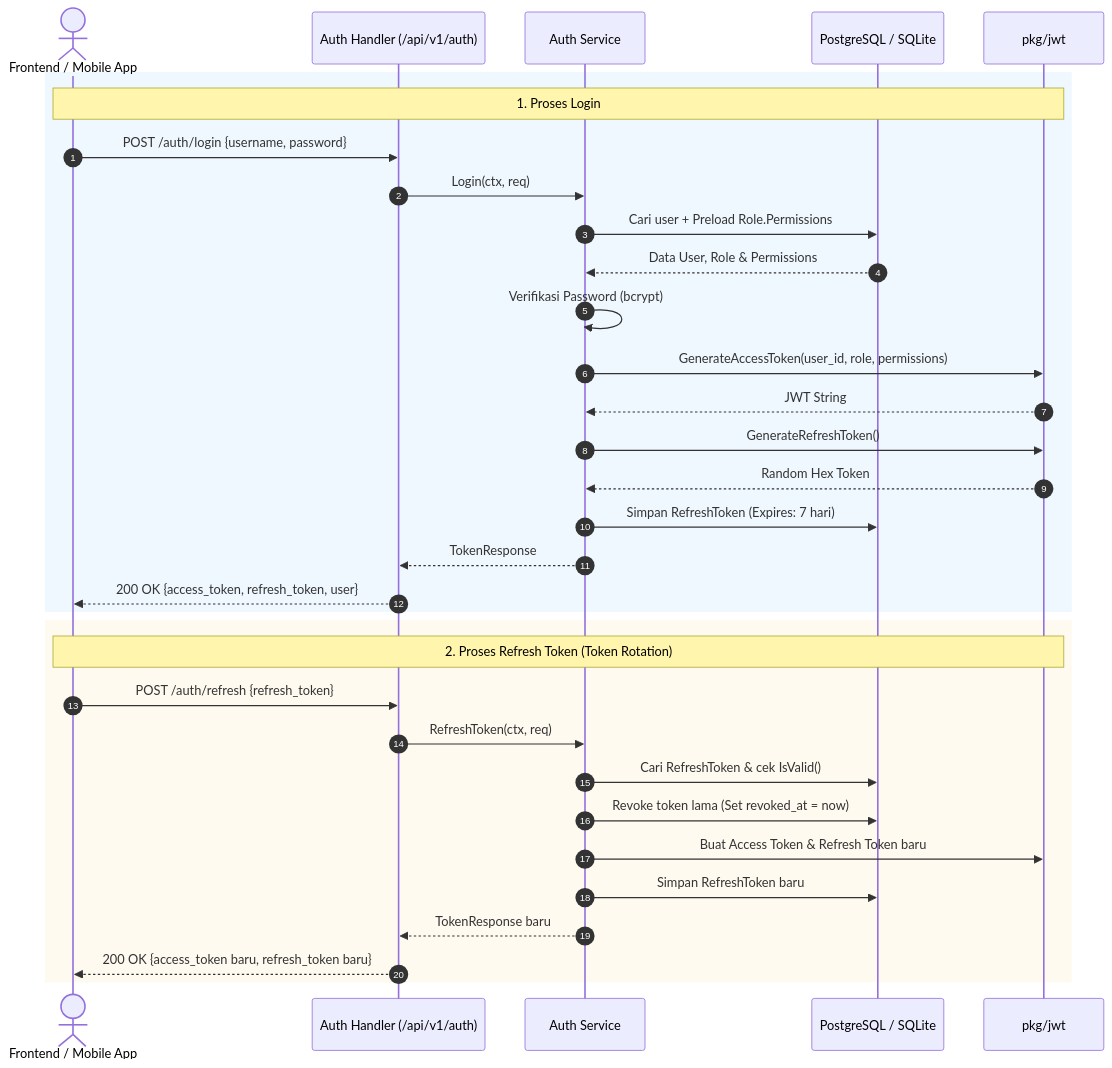
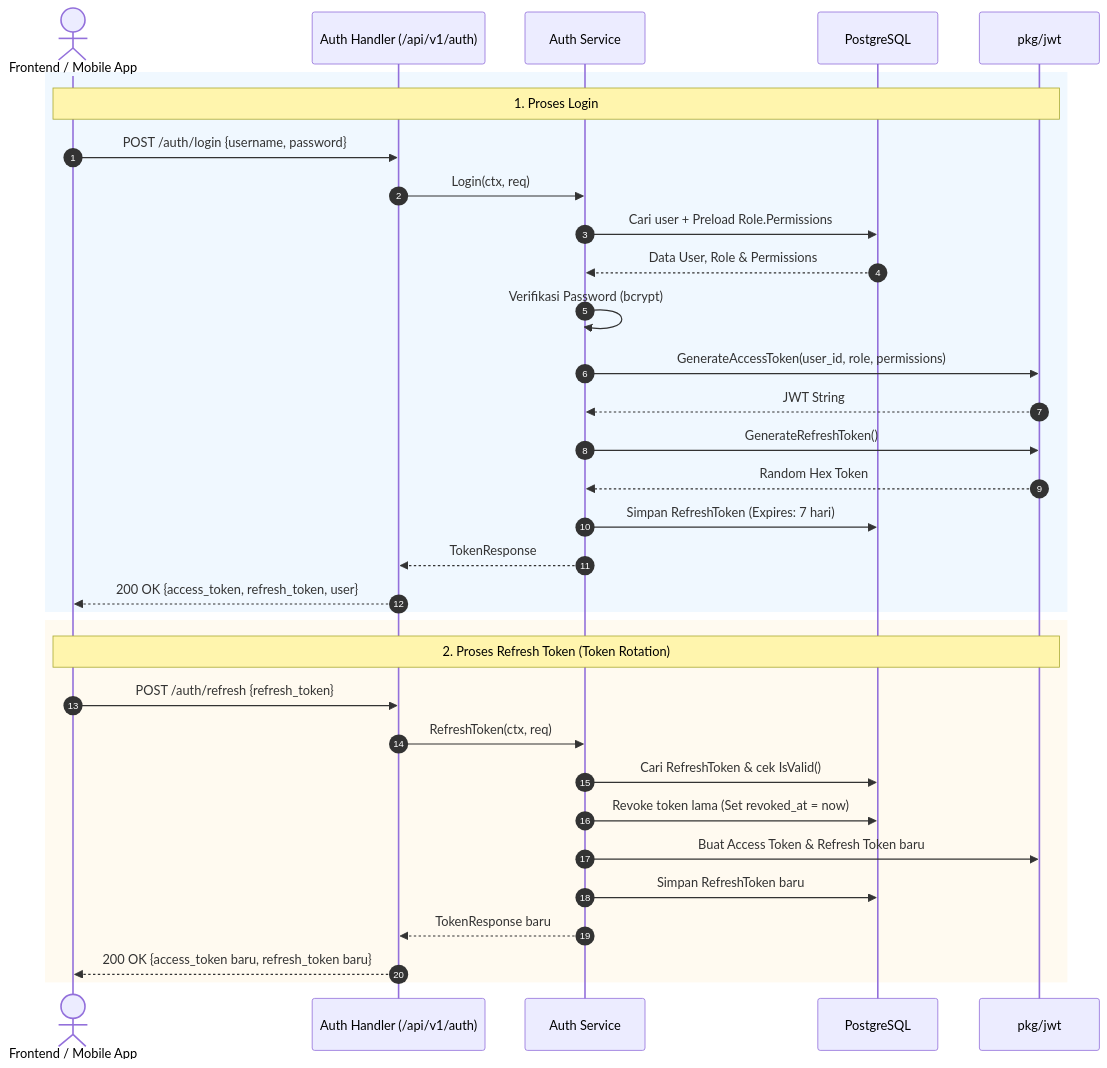
One commit to gunsu12/hosim-go changed the second of 3 diagrams in internal/auth/README.md. Above: the diagram before and after it, drawn with Mermaid. The commit also changed 18 other files, not shown here.

````diff
--- a/internal/auth/README.md
+++ b/internal/auth/README.md
@@ -77,39 +77,39 @@
 ```mermaid
 sequenceDiagram
     autonumber
     actor Client as Frontend / Mobile App
     participant AuthHandler as Auth Handler (/api/v1/auth)
     participant AuthService as Auth Service
-    participant DB as PostgreSQL / SQLite
+    participant DB as PostgreSQL
     participant JWT as pkg/jwt
 
     %% LOGIN FLOW
     rect rgb(240, 248, 255)
     note over Client, JWT: 1. Proses Login
     Client->>AuthHandler: POST /auth/login {username, password}
     AuthHandler->>AuthService: Login(ctx, req)
     AuthService->>DB: Cari user + Preload Role.Permissions
     DB-->>AuthService: Data User, Role & Permissions
     AuthService->>AuthService: Verifikasi Password (bcrypt)
     AuthService->>JWT: GenerateAccessToken(user_id, role, permissions)
     JWT-->>AuthService: JWT String
     AuthService->>JWT: GenerateRefreshToken()
     JWT-->>AuthService: Random Hex Token
     AuthService->>DB: Simpan RefreshToken (Expires: 7 hari)
     AuthService-->>AuthHandler: TokenResponse
     AuthHandler-->>Client: 200 OK {access_token, refresh_token, user}
     end
 
     %% REFRESH TOKEN FLOW
     rect rgb(255, 250, 240)
     note over Client, JWT: 2. Proses Refresh Token (Token Rotation)
     Client->>AuthHandler: POST /auth/refresh {refresh_token}
     AuthHandler->>AuthService: RefreshToken(ctx, req)
     AuthService->>DB: Cari RefreshToken & cek IsValid()
     AuthService->>DB: Revoke token lama (Set revoked_at = now)
     AuthService->>JWT: Buat Access Token & Refresh Token baru
     AuthService->>DB: Simpan RefreshToken baru
     AuthService-->>AuthHandler: TokenResponse baru
     AuthHandler-->>Client: 200 OK {access_token baru, refresh_token baru}
     end
 ```
````
